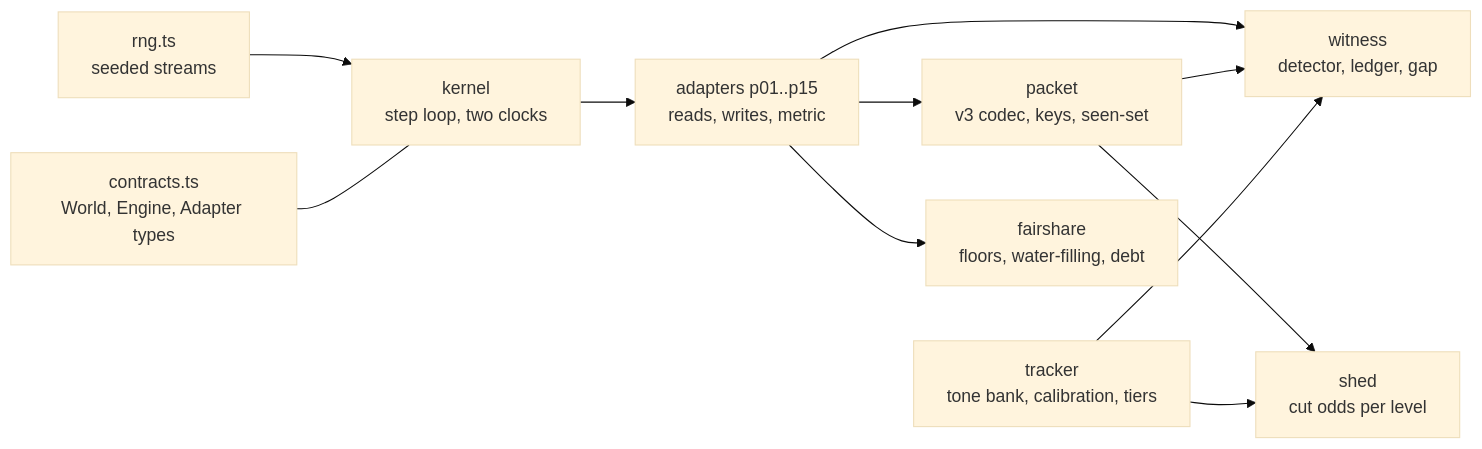
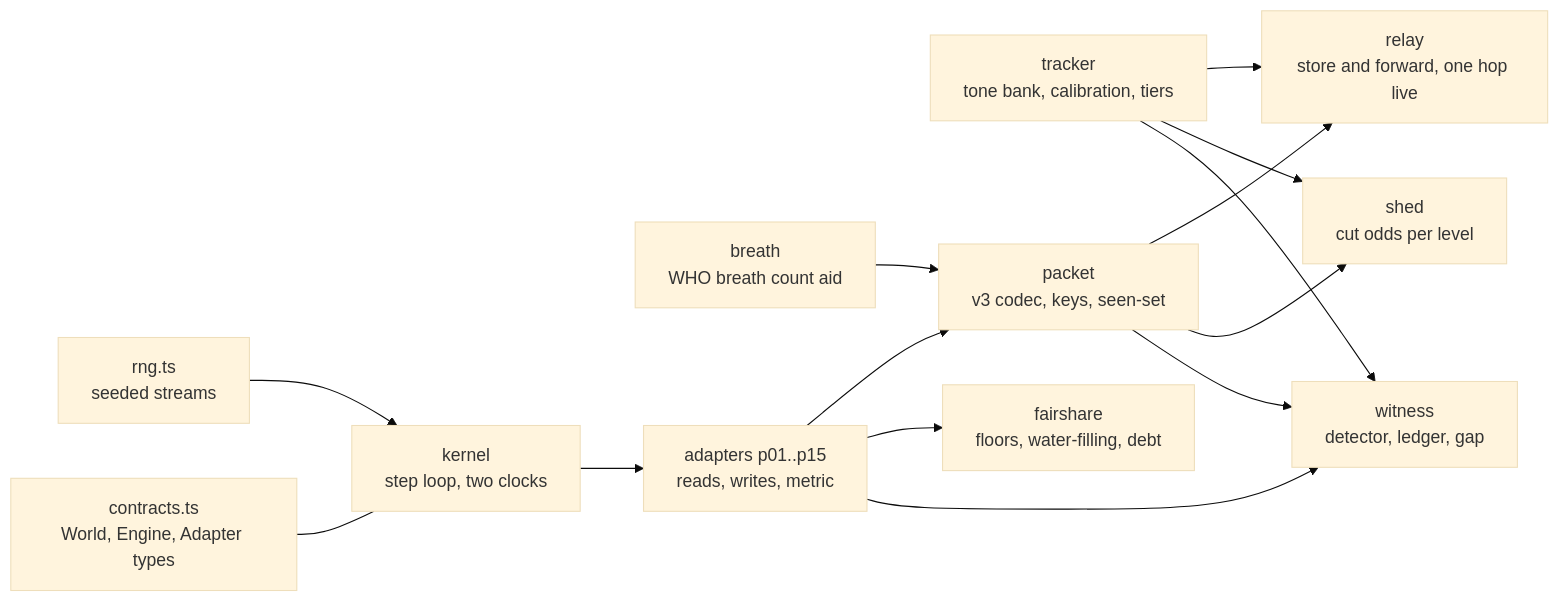
One commit to royalgillz/stratum changed the diagram in docs/high-level-design.md. Above: the diagram before and after it, drawn with Mermaid (base theme). The commit also changed other lines of this file and 2 other files, not shown here.

Commit message:
Merge breath, shed and relay; HLD rows for breath and relay; slower-machine timeout for the seen-set test

````diff
--- a/docs/high-level-design.md
+++ b/docs/high-level-design.md
@@ -43,13 +43,16 @@
 ```mermaid
 flowchart LR
   C[contracts.ts<br/>World, Engine, Adapter types] --- K
   R[rng.ts<br/>seeded streams] --> K[kernel<br/>step loop, two clocks]
   T[tracker<br/>tone bank, calibration, tiers] --> W[witness<br/>detector, ledger, gap]
   P[packet<br/>v3 codec, keys, seen-set] --> W
   T --> S[shed<br/>cut odds per level]
   P --> S
+  P --> RL[relay<br/>store and forward, one hop live]
+  T --> RL
+  B[breath<br/>WHO breath count aid] --> P
   K --> A[adapters p01..p15<br/>reads, writes, metric]
   A --> W
   A --> F[fairshare<br/>floors, water-filling, debt]
   A --> P
 ```
````
